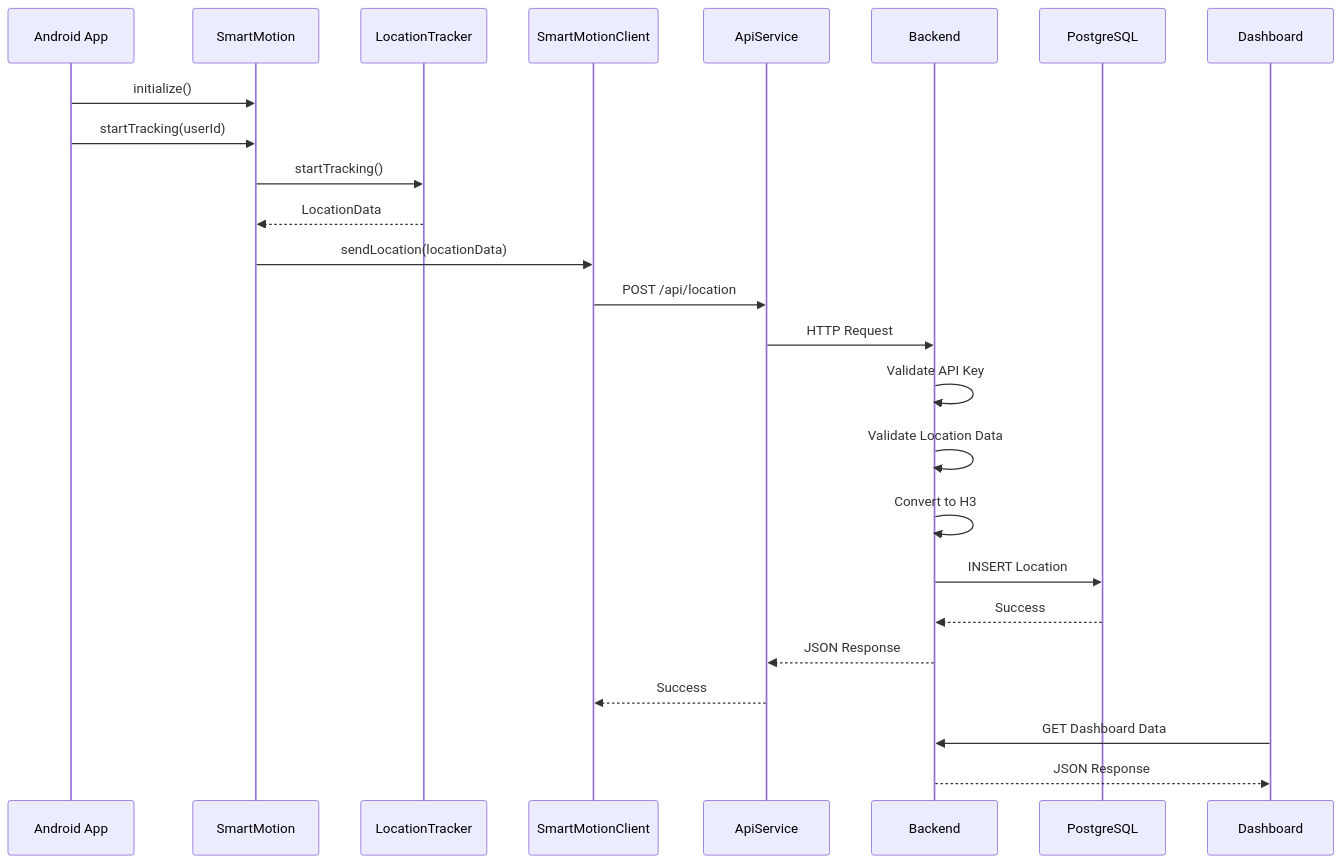
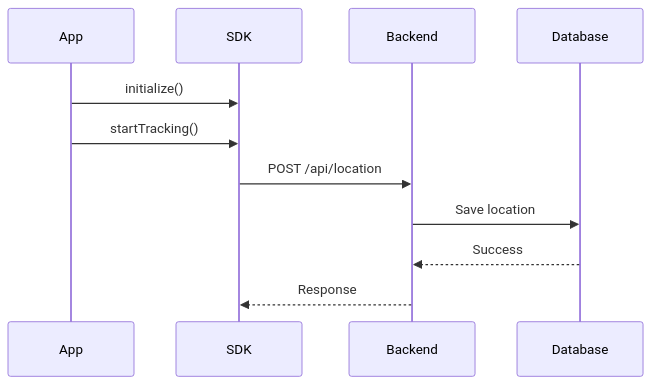
The fourth of 4 diagrams in README.md (MayaYakobi131/SmartMotionSDK), drawn with Mermaid before and after one commit. The commit also changed other lines of this file, not shown here.

````diff
--- a/README.md
+++ b/README.md
@@ -558,51 +448,20 @@
 ```mermaid
 sequenceDiagram
 
-participant App as Android App
-
-participant SDK as SmartMotion
-
-participant Tracker as LocationTracker
-
-participant Client as SmartMotionClient
-
-participant API as ApiService
-
-participant Server as Backend
-
-participant DB as PostgreSQL
-
-participant Console as Dashboard
+participant App
+participant SDK
+participant Backend
+participant Database
 
 App->>SDK: initialize()
 
-App->>SDK: startTracking(userId)
+App->>SDK: startTracking()
 
-SDK->>Tracker: startTracking()
+SDK->>Backend: POST /api/location
 
-Tracker-->>SDK: LocationData
+Backend->>Database: Save location
 
-SDK->>Client: sendLocation(locationData)
+Database-->>Backend: Success
 
-Client->>API: POST /api/location
-
-API->>Server: HTTP Request
-
-Server->>Server: Validate API Key
-
-Server->>Server: Validate Location Data
-
-Server->>Server: Convert to H3
-
-Server->>DB: INSERT Location
-
-DB-->>Server: Success
-
-Server-->>API: JSON Response
-
-API-->>Client: Success
-
-Console->>Server: GET Dashboard Data
-
-Server-->>Console: JSON Response
+Backend-->>SDK: Response
 ```
````
